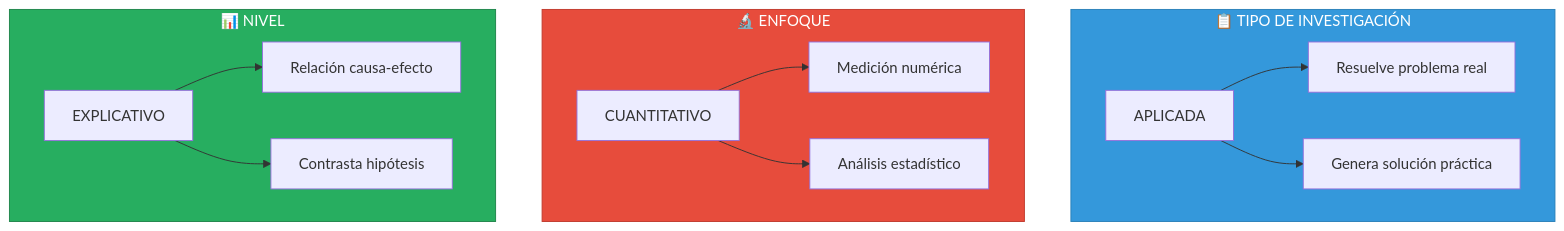
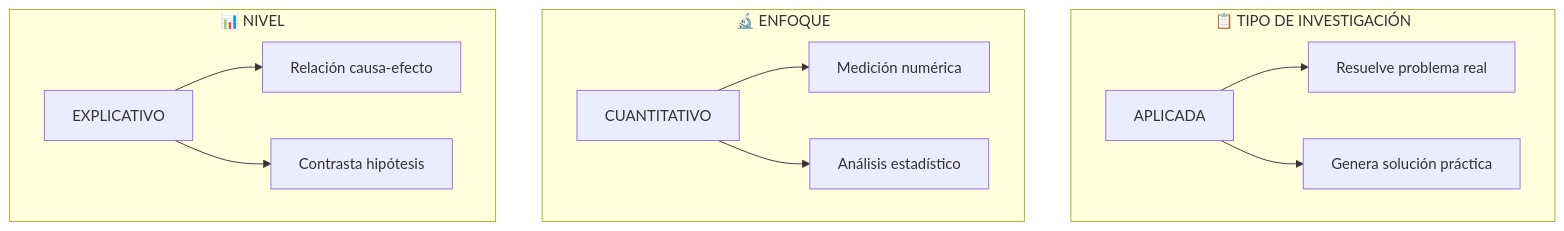
One commit to decagraff/LCService changed the first of 8 diagrams in docs/04-metodologia/README.md. Above: the diagram before and after it, drawn with Mermaid. The commit also changed other lines of this file and 7 other files, not shown here.

````diff
--- a/docs/04-metodologia/README.md
+++ b/docs/04-metodologia/README.md
@@ -23,24 +23,21 @@
 ```mermaid
 graph TB
     subgraph tipo["📋 TIPO DE INVESTIGACIÓN"]
         T["APLICADA"]
         T --> T1["Resuelve problema real"]
         T --> T2["Genera solución práctica"]
     end
 
     subgraph enfoque["🔬 ENFOQUE"]
         E["CUANTITATIVO"]
         E --> E1["Medición numérica"]
         E --> E2["Análisis estadístico"]
     end
 
     subgraph nivel["📊 NIVEL"]
         N["EXPLICATIVO"]
         N --> N1["Relación causa-efecto"]
         N --> N2["Contrasta hipótesis"]
     end
 
-    style tipo fill:#3498db,stroke:#2980b9,color:#fff
-    style enfoque fill:#e74c3c,stroke:#c0392b,color:#fff
-    style nivel fill:#27ae60,stroke:#1e8449,color:#fff
 ```
````
